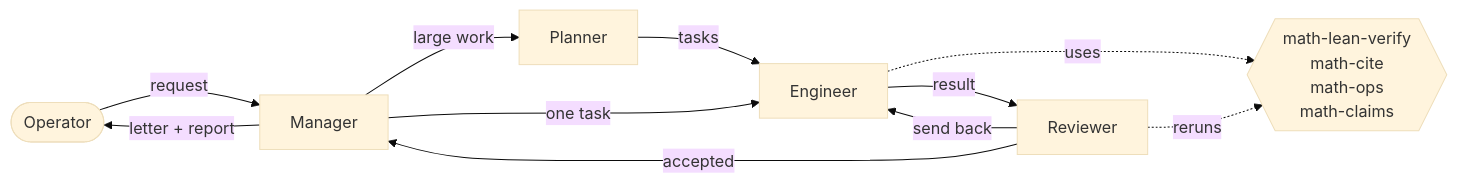
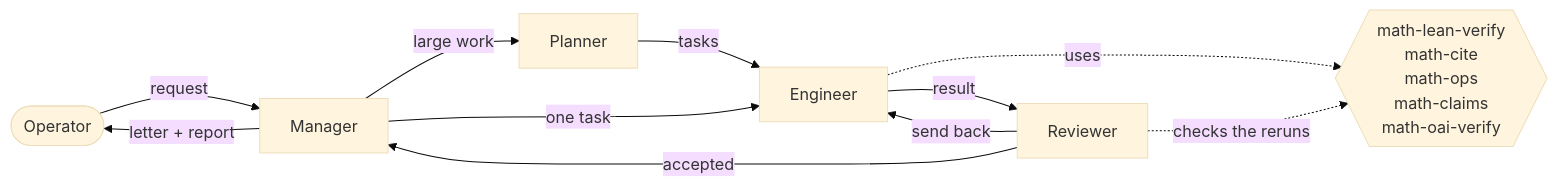
The diagram in README.md (Argus-AiTeam/argus-counterexample-runtime), drawn with Mermaid (base theme) before and after one commit. The commit also changed other lines of this file and 3 other files, not shown here.

````diff
--- a/README.md
+++ b/README.md
@@ -44,13 +44,13 @@
 ```mermaid
 flowchart LR
   O([Operator]) -- request --> M[Manager]
   M -- large work --> P[Planner]
   P -- tasks --> E[Engineer]
   M -- one task --> E
   E -- result --> R[Reviewer]
   R -- send back --> E
   R -- accepted --> M
   M -- letter + report --> O
-  E -. uses .-> T{{math-lean-verify<br/>math-cite<br/>math-ops<br/>math-claims}}
-  R -. reruns .-> T
+  E -. uses .-> T{{math-lean-verify<br/>math-cite<br/>math-ops<br/>math-claims<br/>math-oai-verify}}
+  R -. checks the reruns .-> T
 ```
````
